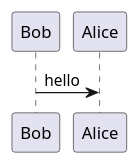
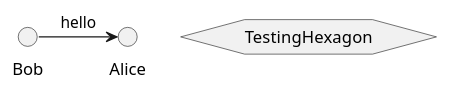
One commit to Roave/DocbookTool changed the diagram in test/fixture/docbook/test.md. Above: the diagram before and after it, drawn with PlantUML. The commit also changed 4 other files, not shown here.

Commit message:
Fix ability to use hexagon in plantuml diagrams

````diff
--- a/test/fixture/docbook/test.md
+++ b/test/fixture/docbook/test.md
@@ -33,5 +33,6 @@
 ```puml
 @startuml
 Bob->Alice : hello
+hexagon TestingHexagon
 @enduml
 ```
````
